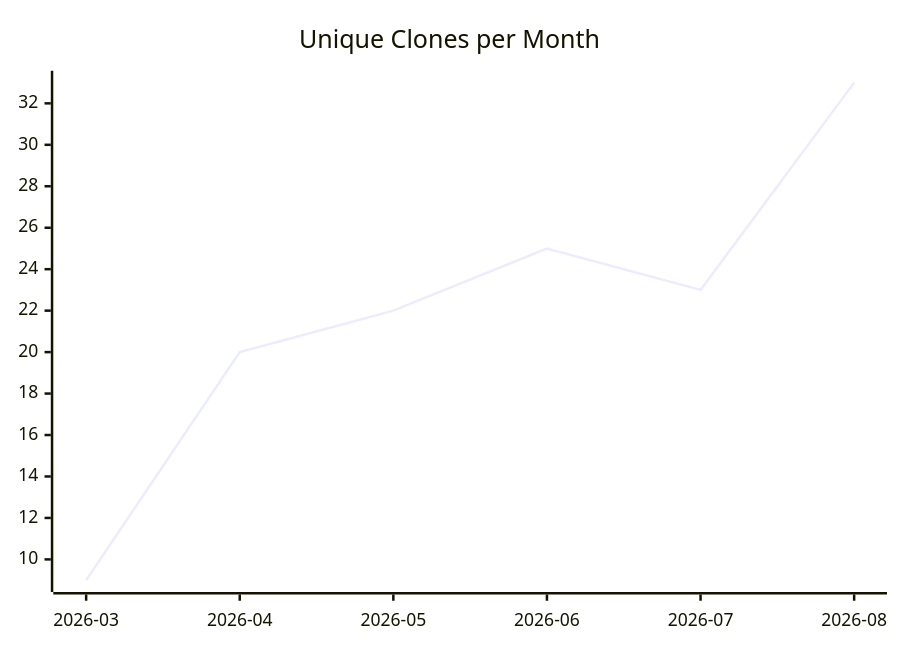
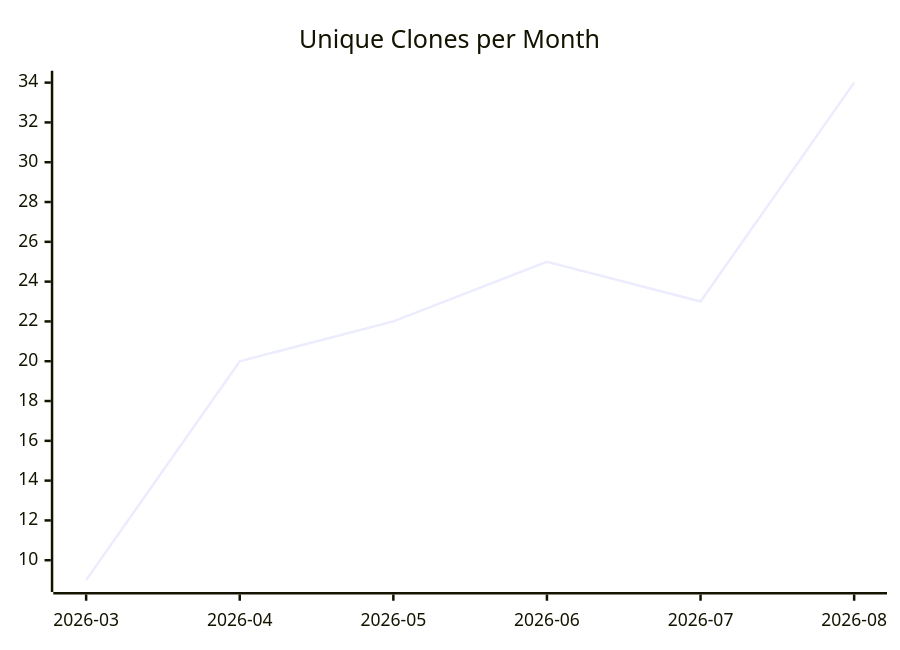
One commit to justdavis-family/github-analytics-data changed the third of 3 diagrams in karlmdavis/kxml2/README.md. Above: the diagram before and after it, drawn with Mermaid. The commit also changed other lines of this file and 190 other files, not shown here.

````diff
--- a/karlmdavis/kxml2/README.md
+++ b/karlmdavis/kxml2/README.md
@@ -19,6 +19,6 @@
 ```mermaid
 xychart-beta
   title "Unique Clones per Month"
   x-axis ["2026-03", "2026-04", "2026-05", "2026-06", "2026-07", "2026-08"]
-  line [9, 20, 22, 25, 23, 33]
+  line [9, 20, 22, 25, 23, 34]
 ```
````
